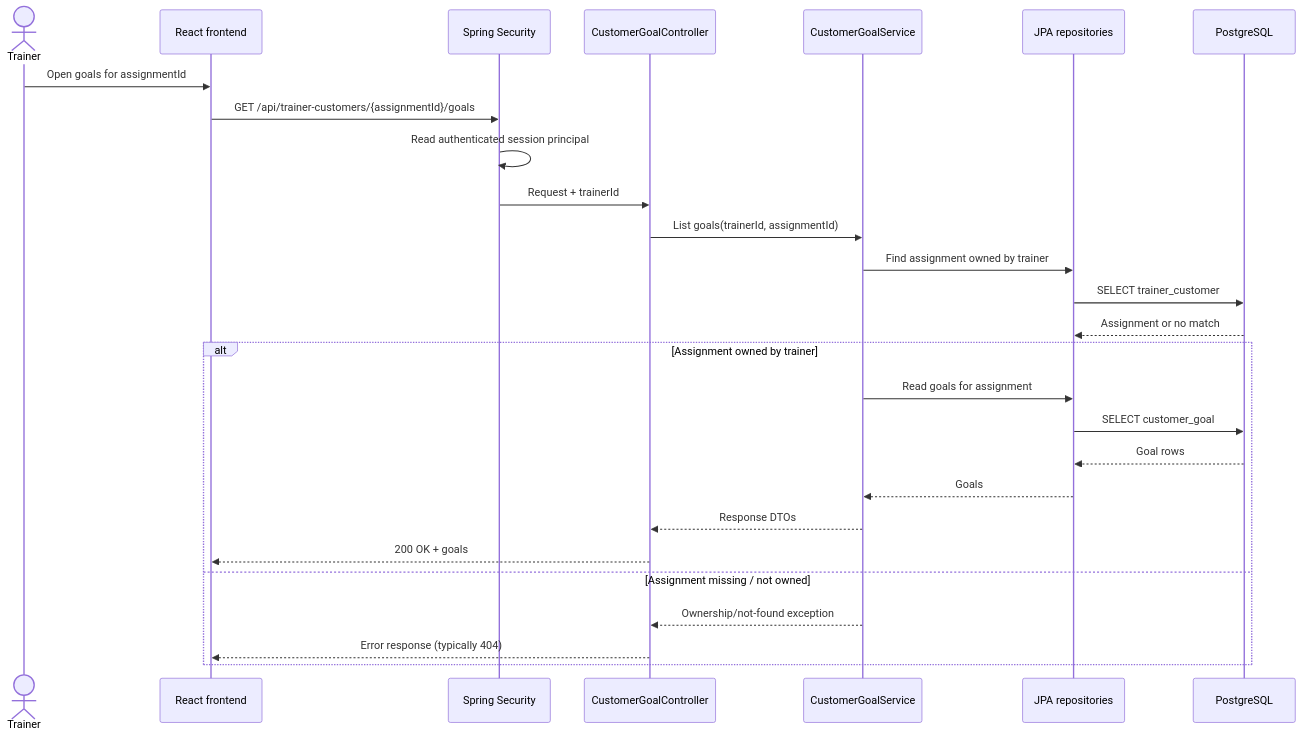
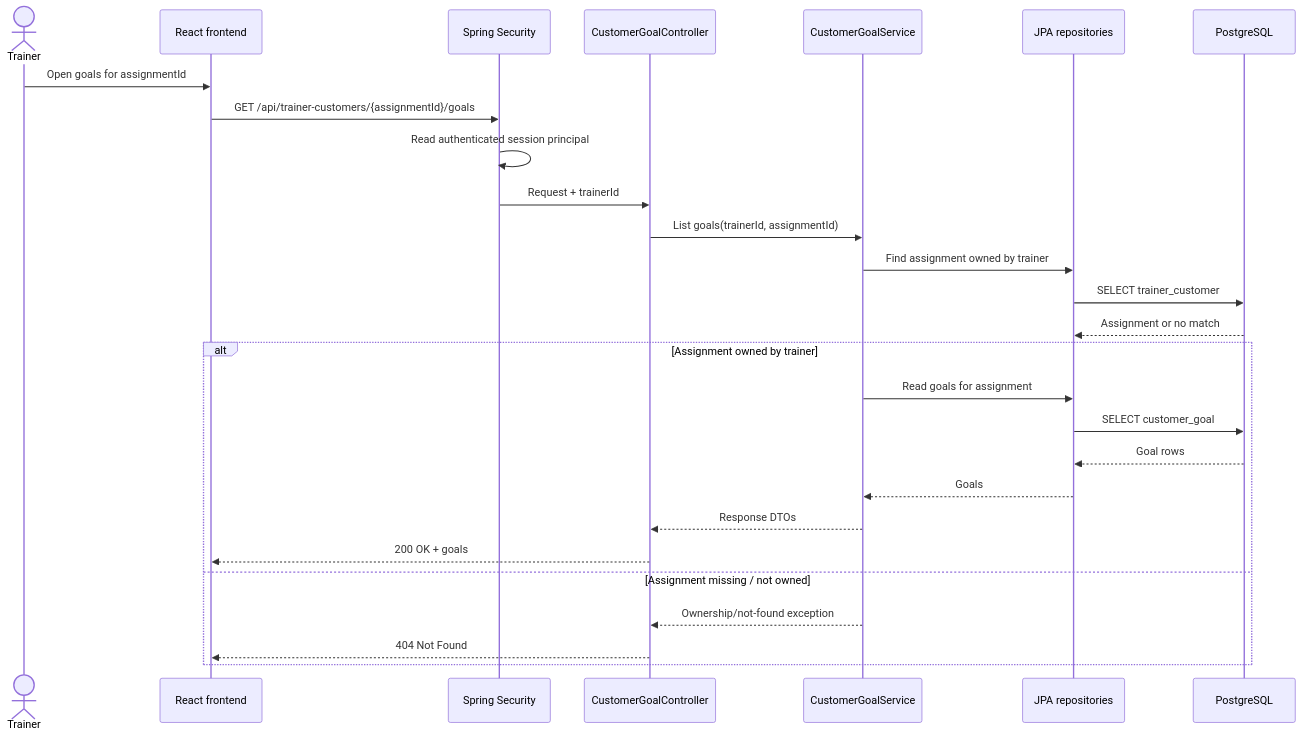
Before and after one commit to Samir-BK/Personal-Trainer: the third of 6 diagrams in backend/README.md, drawn with Mermaid. The commit also changed other lines of this file, not shown here.

````diff
--- a/backend/README.md
+++ b/backend/README.md
@@ -139,30 +95,30 @@
 ```mermaid
 sequenceDiagram
     actor Trainer
     participant UI as React frontend
     participant Security as Spring Security
     participant Controller as CustomerGoalController
     participant Service as CustomerGoalService
     participant Repo as JPA repositories
     participant DB as PostgreSQL
 
     Trainer->>UI: Open goals for assignmentId
     UI->>Security: GET /api/trainer-customers/{assignmentId}/goals
     Security->>Security: Read authenticated session principal
     Security->>Controller: Request + trainerId
     Controller->>Service: List goals(trainerId, assignmentId)
     Service->>Repo: Find assignment owned by trainer
     Repo->>DB: SELECT trainer_customer
     DB-->>Repo: Assignment or no match
     alt Assignment owned by trainer
         Service->>Repo: Read goals for assignment
         Repo->>DB: SELECT customer_goal
         DB-->>Repo: Goal rows
         Repo-->>Service: Goals
         Service-->>Controller: Response DTOs
         Controller-->>UI: 200 OK + goals
     else Assignment missing / not owned
         Service-->>Controller: Ownership/not-found exception
-        Controller-->>UI: Error response (typically 404)
+        Controller-->>UI: 404 Not Found
     end
 ```
````
